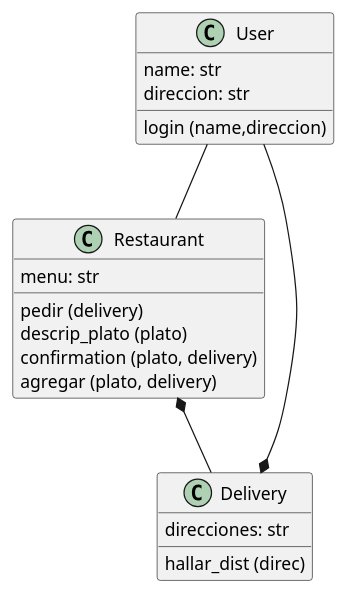
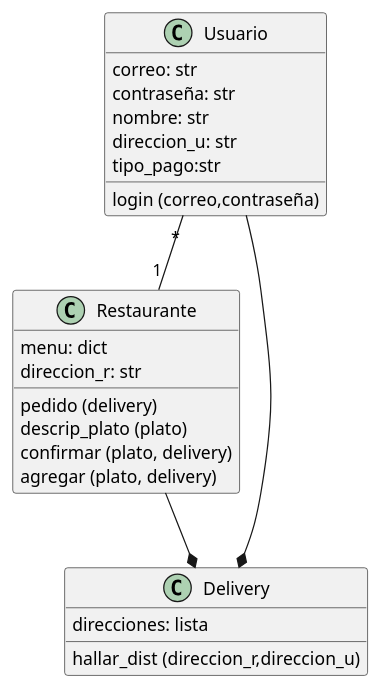
The diagram in uml.puml (imcarlosmsX/demo-chuzona), drawn with PlantUML before and after one commit. The commit also changed 3 other files, not shown here.

```diff
--- a/uml.puml
+++ b/uml.puml
@@ -1,25 +1,30 @@
 @startuml
-class Restaurant {
-menu: str
-pedir (delivery)
+class Restaurante {
+menu: dict
+direccion_r: str
+pedido (delivery)
 descrip_plato (plato)
-confirmation (plato, delivery)
+confirmar (plato, delivery)
 agregar (plato, delivery)
 }
 
-class User {
-name: str
-direccion: str
-login (name,direccion)
+class Usuario {
+correo: str
+contraseña: str
+nombre: str
+direccion_u: str
+tipo_pago:str
+login (correo,contraseña)
+
 }
 class Delivery {
-direcciones: str
-hallar_dist (direc)
+direcciones: lista
+hallar_dist (direccion_r,direccion_u)
 
 }
 
-User --* Delivery
-Restaurant *-- Delivery
-User -- Restaurant
+Usuario --* Delivery
+Restaurante --* Delivery
+Usuario "*"--"1" Restaurante
 
 @enduml
```
